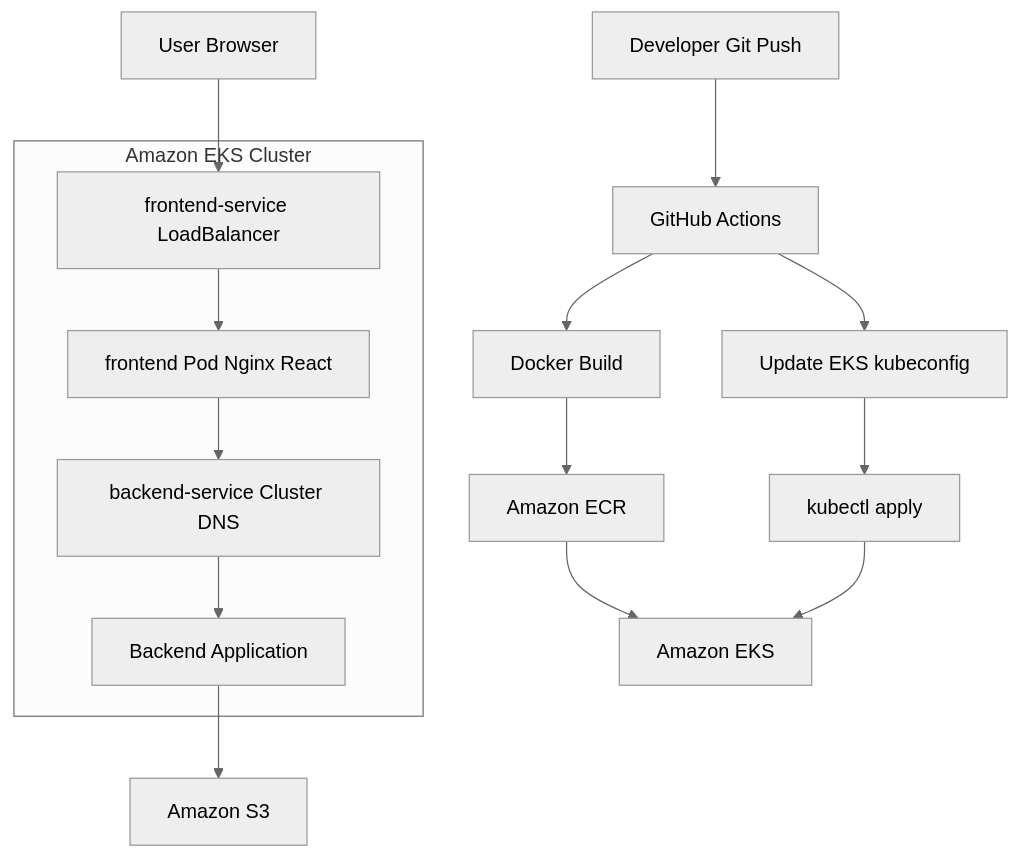
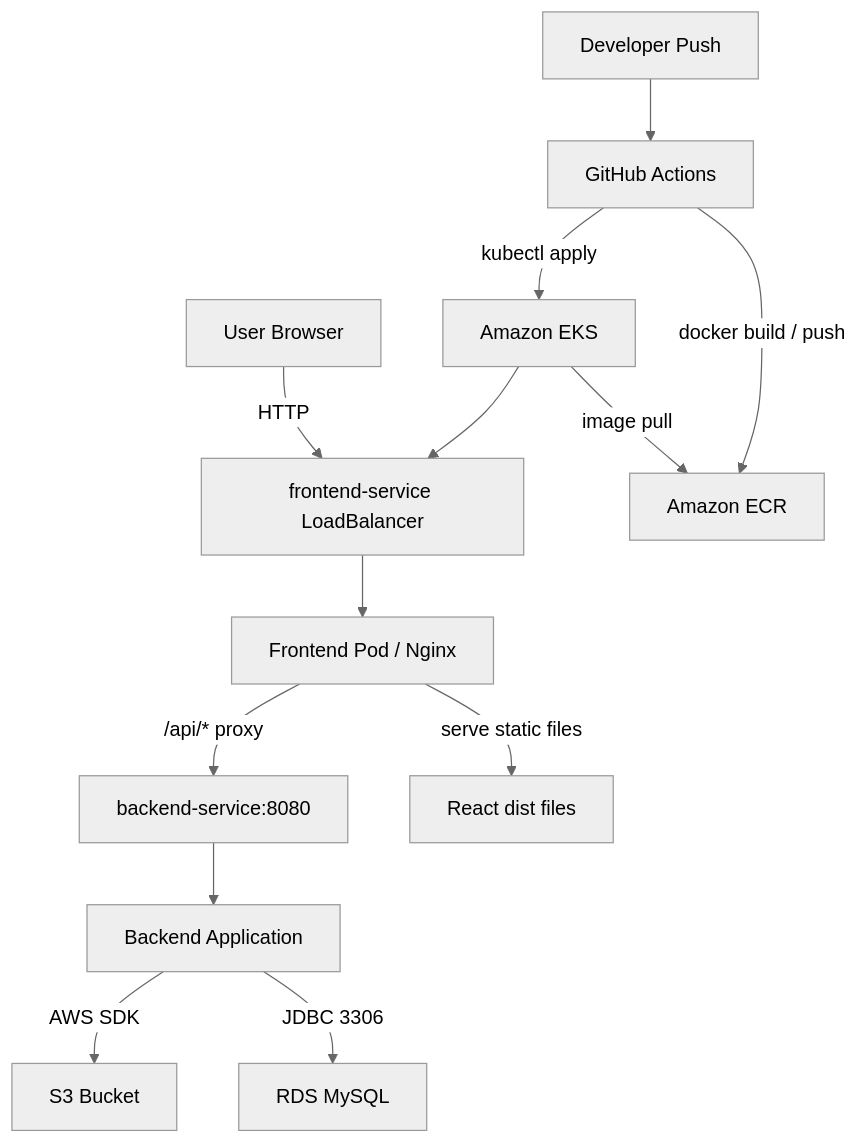
The first of 4 diagrams in README.md (mmije0ng/Rookies_Terraform-k8s-FE), drawn with Mermaid (neutral theme) before and after one commit. The commit also changed other lines of this file, not shown here.

First line of the commit message:
docs: reorganize README architecture guide

````diff
--- a/README.md
+++ b/README.md
@@ -315,24 +51,16 @@
 ```mermaid
 flowchart TB
-    dev["Developer Git Push"] --> gha["GitHub Actions"]
-    gha --> build["Docker Build"]
-    build --> ecr["Amazon ECR"]
-    gha --> kubeconfig["Update EKS kubeconfig"]
-    kubeconfig --> apply["kubectl apply"]
-    ecr --> eks["Amazon EKS"]
-    apply --> eks
+    user["User Browser"] -->|"HTTP"| lb["frontend-service LoadBalancer"]
+    lb --> nginx["Frontend Pod / Nginx"]
+    nginx -->|"serve static files"| react["React dist files"]
+    nginx -->|"/api/* proxy"| backendSvc["backend-service:8080"]
+    backendSvc --> backend["Backend Application"]
+    backend -->|"JDBC 3306"| rds["RDS MySQL"]
+    backend -->|"AWS SDK"| s3["S3 Bucket"]
 
-    subgraph eksCluster["Amazon EKS Cluster"]
-        lb["frontend-service LoadBalancer"]
-        pod1["frontend Pod Nginx React"]
-        backendSvc["backend-service Cluster DNS"]
-        backendPod["Backend Application"]
-
-        lb --> pod1
-        pod1 --> backendSvc
-        backendSvc --> backendPod
-    end
-
-    user["User Browser"] --> lb
-    backendPod --> s3["Amazon S3"]
+    dev["Developer Push"] --> gha["GitHub Actions"]
+    gha -->|"docker build / push"| ecr["Amazon ECR"]
+    gha -->|"kubectl apply"| eks["Amazon EKS"]
+    eks -->|"image pull"| ecr
+    eks --> lb
 ```
````
